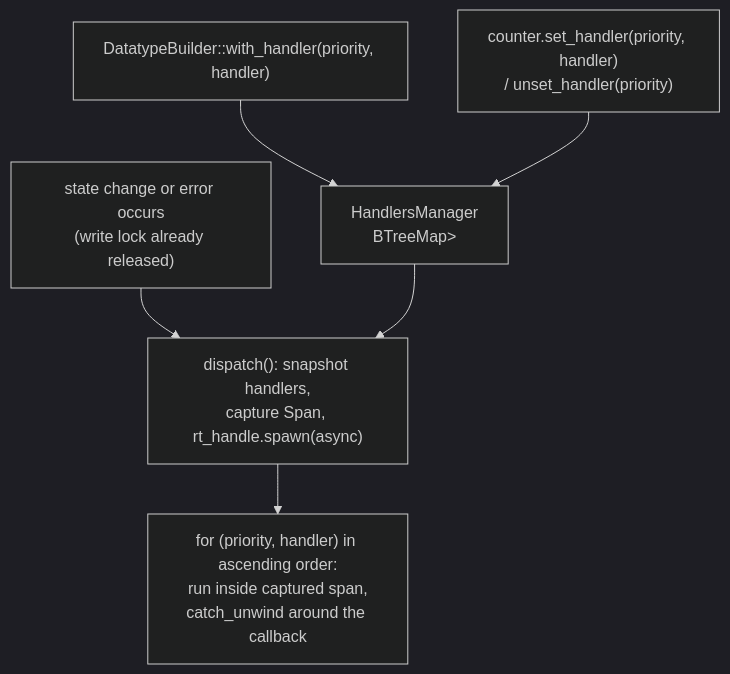
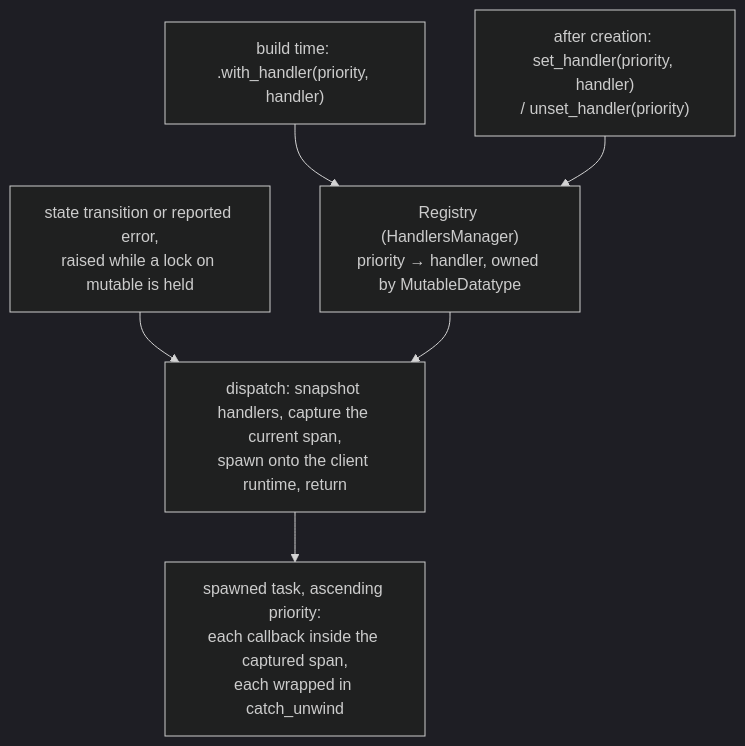
Before and after one commit to qortoo/qortoo-rs: the first of 2 diagrams in docs/handler-system.md, drawn with Mermaid (dark theme). The commit also changed other lines of this file and 14 other files, not shown here.

````diff
--- a/docs/handler-system.md
+++ b/docs/handler-system.md
@@ -7,15 +27,15 @@
 ```mermaid
 flowchart TD
-    Build["DatatypeBuilder::with_handler(priority, handler)"]
-    SetAfter["counter.set_handler(priority, handler)\n/ unset_handler(priority)"]
-    HM["HandlersManager\nBTreeMap<usize, Arc<DatatypeHandler>>"]
-    Trigger["state change or error occurs\n(write lock already released)"]
-    Dispatch["dispatch(): snapshot handlers,\ncapture Span, rt_handle.spawn(async)"]
-    Loop["for (priority, handler) in ascending order:\nrun inside captured span,\ncatch_unwind around the callback"]
+    Build["build time: .with_handler(priority, handler)"]
+    SetAfter["after creation: set_handler(priority, handler)<br/>/ unset_handler(priority)"]
+    Registry["Registry (HandlersManager)<br/>priority → handler, owned by MutableDatatype"]
+    Trigger["state transition or reported error,<br/>raised while a lock on mutable is held"]
+    Dispatch["dispatch: snapshot handlers, capture the current span,<br/>spawn onto the client runtime, return"]
+    Task["spawned task, ascending priority:<br/>each callback inside the captured span,<br/>each wrapped in catch_unwind"]
 
-    Build --> HM
-    SetAfter --> HM
+    Build --> Registry
+    SetAfter --> Registry
     Trigger --> Dispatch
-    HM --> Dispatch
-    Dispatch --> Loop
+    Registry --> Dispatch
+    Dispatch --> Task
 ```
````
